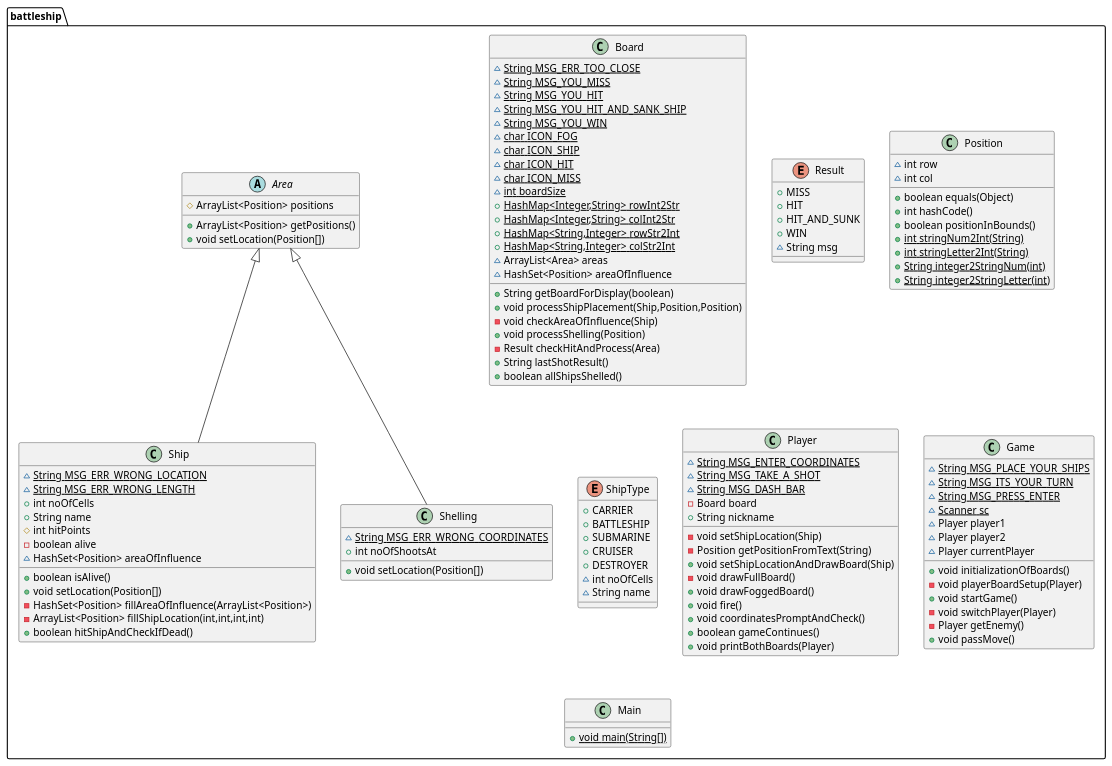
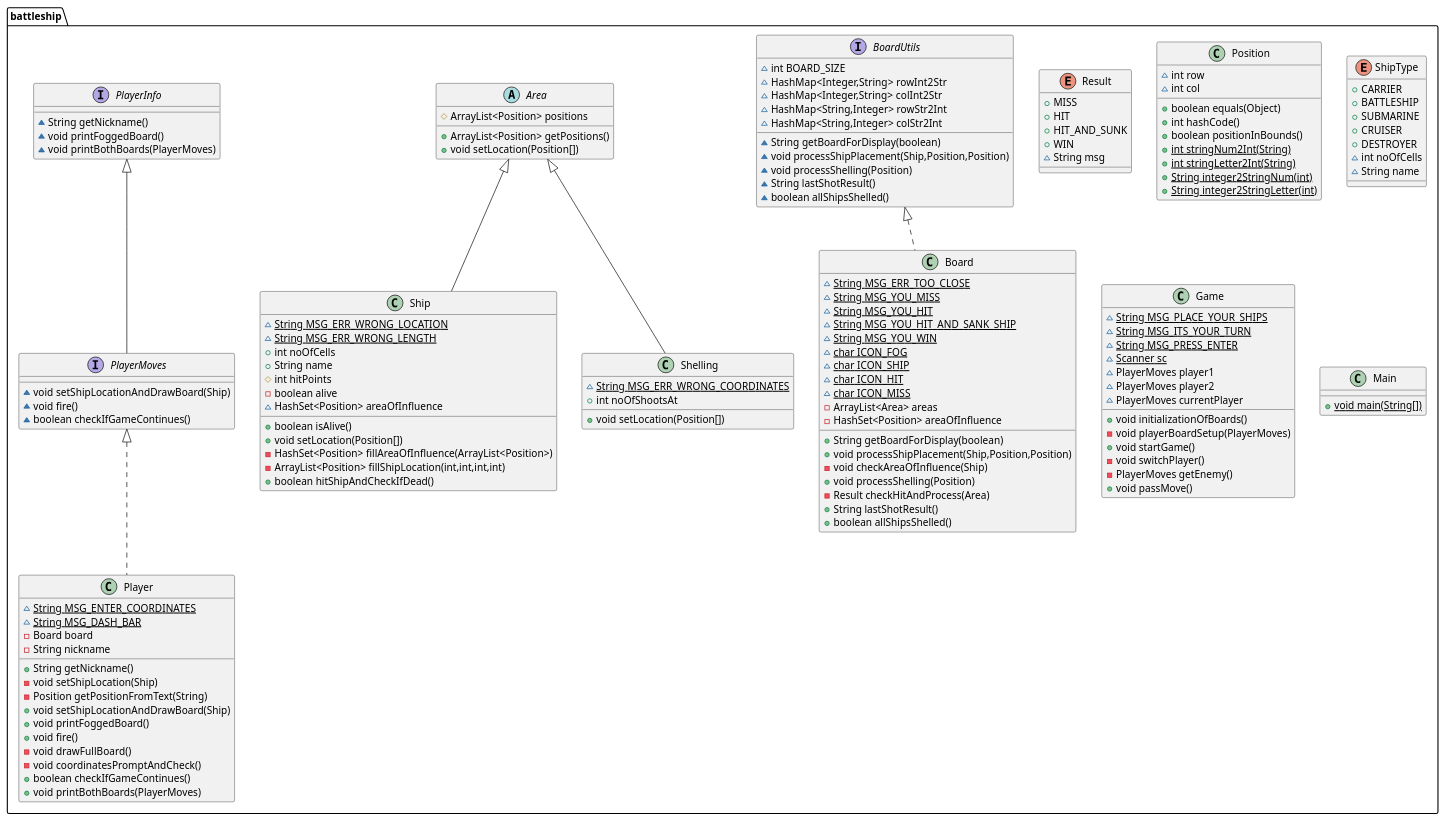
One commit to pwgtil/BattleshipsJava changed the diagram in task/project.puml. Above: the diagram before and after it, drawn with PlantUML. The commit also changed 4 other files, not shown here.

Commit message:
Battleship - Stage 5/5: Friend or foe v5.003 * interfaces introduction for Board and Player classes * diagram update

```diff
--- a/task/project.puml
+++ b/task/project.puml
@@ -1,116 +1,136 @@
 @startuml
+interface battleship.BoardUtils {
+~ int BOARD_SIZE
+~ HashMap<Integer,String> rowInt2Str
+~ HashMap<Integer,String> colInt2Str
+~ HashMap<String,Integer> rowStr2Int
+~ HashMap<String,Integer> colStr2Int
+~ String getBoardForDisplay(boolean)
+~ void processShipPlacement(Ship,Position,Position)
+~ void processShelling(Position)
+~ String lastShotResult()
+~ boolean allShipsShelled()
+}
 class battleship.Board {
 ~ {static} String MSG_ERR_TOO_CLOSE
 ~ {static} String MSG_YOU_MISS
 ~ {static} String MSG_YOU_HIT
 ~ {static} String MSG_YOU_HIT_AND_SANK_SHIP
 ~ {static} String MSG_YOU_WIN
 ~ {static} char ICON_FOG
 ~ {static} char ICON_SHIP
 ~ {static} char ICON_HIT
 ~ {static} char ICON_MISS
-~ {static} int boardSize
-+ {static} HashMap<Integer,String> rowInt2Str
-+ {static} HashMap<Integer,String> colInt2Str
-+ {static} HashMap<String,Integer> rowStr2Int
-+ {static} HashMap<String,Integer> colStr2Int
-~ ArrayList<Area> areas
-~ HashSet<Position> areaOfInfluence
+- ArrayList<Area> areas
+- HashSet<Position> areaOfInfluence
 + String getBoardForDisplay(boolean)
 + void processShipPlacement(Ship,Position,Position)
 - void checkAreaOfInfluence(Ship)
 + void processShelling(Position)
 - Result checkHitAndProcess(Area)
 + String lastShotResult()
 + boolean allShipsShelled()
 }
 enum battleship.Result {
 +  MISS
 +  HIT
 +  HIT_AND_SUNK
 +  WIN
 ~ String msg
 }
 class battleship.Position {
 ~ int row
 ~ int col
 + boolean equals(Object)
 + int hashCode()
 + boolean positionInBounds()
 + {static} int stringNum2Int(String)
 + {static} int stringLetter2Int(String)
 + {static} String integer2StringNum(int)
 + {static} String integer2StringLetter(int)
 }
 abstract class battleship.Area {
 # ArrayList<Position> positions
 + ArrayList<Position> getPositions()
 + void setLocation(Position[])
 }
 class battleship.Ship {
 ~ {static} String MSG_ERR_WRONG_LOCATION
 ~ {static} String MSG_ERR_WRONG_LENGTH
 + int noOfCells
 + String name
 # int hitPoints
 - boolean alive
 ~ HashSet<Position> areaOfInfluence
 + boolean isAlive()
 + void setLocation(Position[])
 - HashSet<Position> fillAreaOfInfluence(ArrayList<Position>)
 - ArrayList<Position> fillShipLocation(int,int,int,int)
 + boolean hitShipAndCheckIfDead()
 }
 class battleship.Shelling {
 ~ {static} String MSG_ERR_WRONG_COORDINATES
 + int noOfShootsAt
 + void setLocation(Position[])
 }
 enum battleship.ShipType {
 +  CARRIER
 +  BATTLESHIP
 +  SUBMARINE
 +  CRUISER
 +  DESTROYER
 ~ int noOfCells
 ~ String name
 }
+interface battleship.PlayerInfo {
+~ String getNickname()
+~ void printFoggedBoard()
+~ void printBothBoards(PlayerMoves)
+}
+interface battleship.PlayerMoves {
+~ void setShipLocationAndDrawBoard(Ship)
+~ void fire()
+~ boolean checkIfGameContinues()
+}
 class battleship.Player {
 ~ {static} String MSG_ENTER_COORDINATES
-~ {static} String MSG_TAKE_A_SHOT
 ~ {static} String MSG_DASH_BAR
 - Board board
-+ String nickname
+- String nickname
++ String getNickname()
 - void setShipLocation(Ship)
 - Position getPositionFromText(String)
 + void setShipLocationAndDrawBoard(Ship)
++ void printFoggedBoard()
++ void fire()
 - void drawFullBoard()
-+ void drawFoggedBoard()
-+ void fire()
-+ void coordinatesPromptAndCheck()
-+ boolean gameContinues()
-+ void printBothBoards(Player)
+- void coordinatesPromptAndCheck()
++ boolean checkIfGameContinues()
++ void printBothBoards(PlayerMoves)
 }
 class battleship.Game {
 ~ {static} String MSG_PLACE_YOUR_SHIPS
 ~ {static} String MSG_ITS_YOUR_TURN
 ~ {static} String MSG_PRESS_ENTER
 ~ {static} Scanner sc
-~ Player player1
-~ Player player2
-~ Player currentPlayer
+~ PlayerMoves player1
+~ PlayerMoves player2
+~ PlayerMoves currentPlayer
 + void initializationOfBoards()
-- void playerBoardSetup(Player)
+- void playerBoardSetup(PlayerMoves)
 + void startGame()
-- void switchPlayer(Player)
-- Player getEnemy()
+- void switchPlayer()
+- PlayerMoves getEnemy()
 + void passMove()
 }
 class battleship.Main {
 + {static} void main(String[])
 }
 
 
+battleship.BoardUtils <|.. battleship.Board
 battleship.Area <|-- battleship.Ship
 battleship.Area <|-- battleship.Shelling
+battleship.PlayerInfo <|-- battleship.PlayerMoves
+battleship.PlayerMoves <|.. battleship.Player
 @enduml
```
